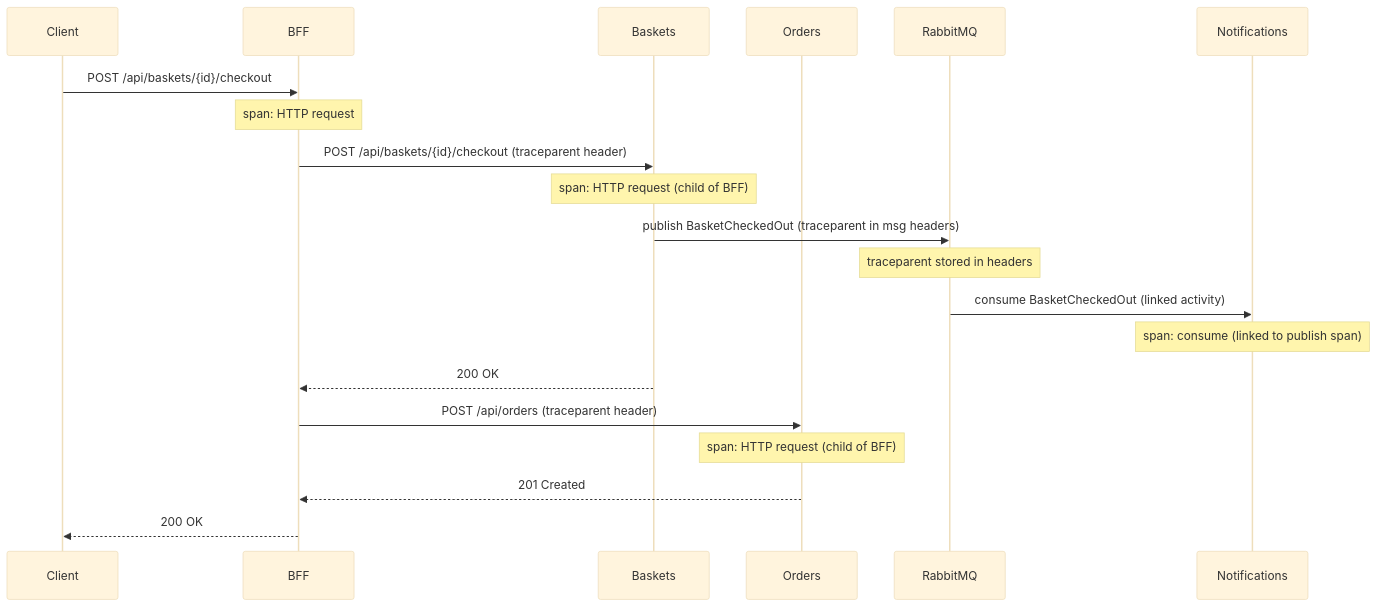
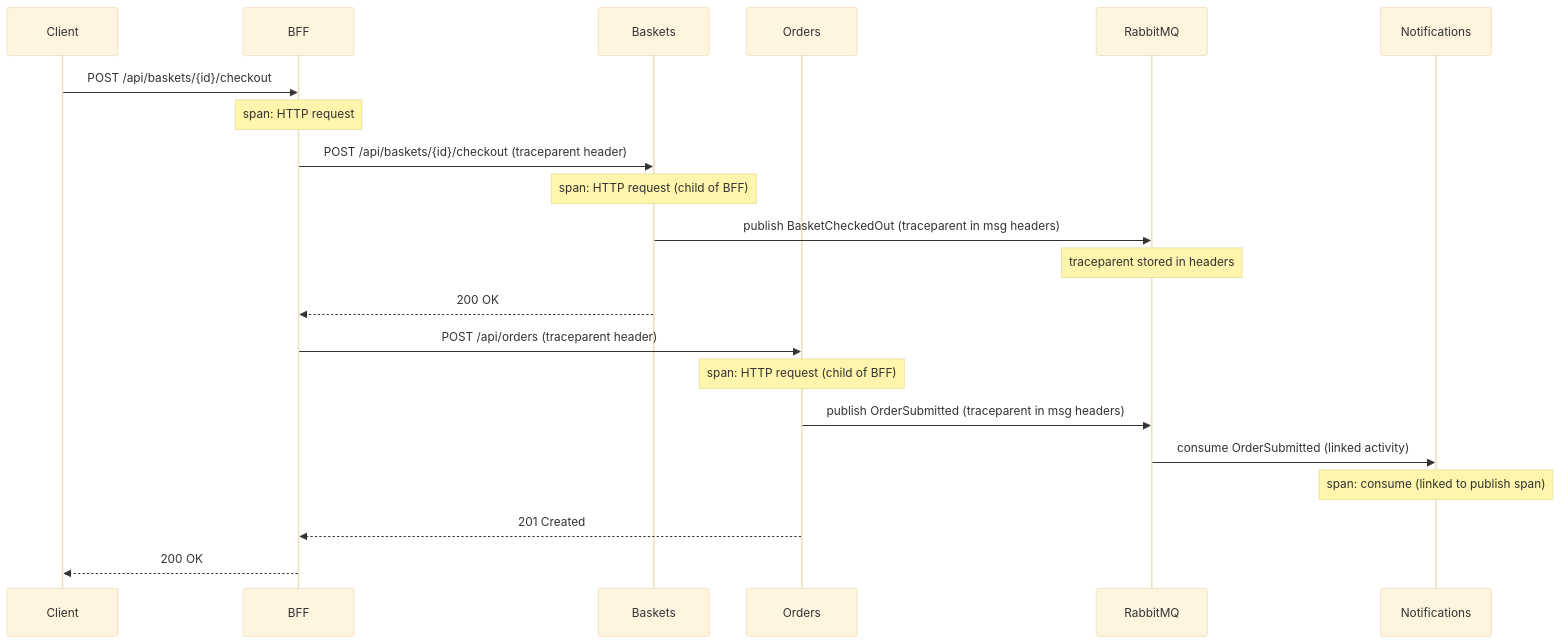
One commit to rahomi/Demo-MicroServices changed the third of 3 diagrams in docs/notes/10-distributed-tracing-with-opentelemetry.md. Above: the diagram before and after it, drawn with Mermaid (base theme). The commit also changed other lines of this file and 8 other files, not shown here.

````diff
--- a/docs/notes/10-distributed-tracing-with-opentelemetry.md
+++ b/docs/notes/10-distributed-tracing-with-opentelemetry.md
@@ -165,23 +166,24 @@
 ```mermaid
 sequenceDiagram
     participant Client
     participant BFF
     participant Baskets
     participant Orders
     participant RabbitMQ
     participant Notifications
 
     Client->>BFF: POST /api/baskets/{id}/checkout
     Note over BFF: span: HTTP request
     BFF->>Baskets: POST /api/baskets/{id}/checkout (traceparent header)
     Note over Baskets: span: HTTP request (child of BFF)
     Baskets->>RabbitMQ: publish BasketCheckedOut (traceparent in msg headers)
     Note over RabbitMQ: traceparent stored in headers
-    RabbitMQ->>Notifications: consume BasketCheckedOut (linked activity)
-    Note over Notifications: span: consume (linked to publish span)
     Baskets-->>BFF: 200 OK
     BFF->>Orders: POST /api/orders (traceparent header)
     Note over Orders: span: HTTP request (child of BFF)
+    Orders->>RabbitMQ: publish OrderSubmitted (traceparent in msg headers)
+    RabbitMQ->>Notifications: consume OrderSubmitted (linked activity)
+    Note over Notifications: span: consume (linked to publish span)
     Orders-->>BFF: 201 Created
     BFF-->>Client: 200 OK
 ```
````
